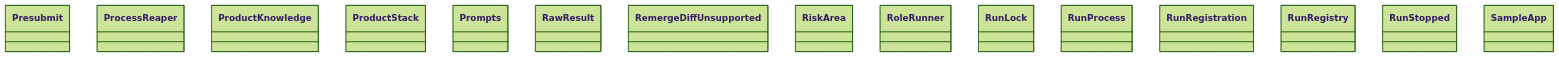
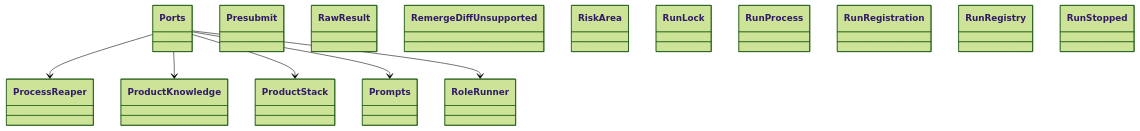
One commit to GonzaloZevallos/agentic-system changed the diagram in docs/architecture/generated/classes-process-application-support-5.md. Above: the diagram before and after it, drawn with Mermaid (forest theme). The commit also changed other lines of this file and 9 other files, not shown here.

Commit message:
Regenerate the architecture docs for CheckAbandoned and the abandoned keyword

````diff
--- a/docs/architecture/generated/classes-process-application-support-5.md
+++ b/docs/architecture/generated/classes-process-application-support-5.md
@@ -20,18 +20,23 @@
 ```mermaid
 classDiagram
+    class ports__Ports["Ports"]
     class ports__Presubmit["Presubmit"]
     class ports__ProcessReaper["ProcessReaper"]
     class ports__ProductKnowledge["ProductKnowledge"]
     class ports__ProductStack["ProductStack"]
     class ports__Prompts["Prompts"]
     class ports__RawResult["RawResult"]
     class ports__RemergeDiffUnsupported["RemergeDiffUnsupported"]
     class ports__RiskArea["RiskArea"]
     class ports__RoleRunner["RoleRunner"]
     class ports__RunLock["RunLock"]
     class ports__RunProcess["RunProcess"]
     class ports__RunRegistration["RunRegistration"]
     class ports__RunRegistry["RunRegistry"]
     class ports__RunStopped["RunStopped"]
-    class ports__SampleApp["SampleApp"]
+    ports__Ports --> ports__ProcessReaper
+    ports__Ports --> ports__ProductKnowledge
+    ports__Ports --> ports__ProductStack
+    ports__Ports --> ports__Prompts
+    ports__Ports --> ports__RoleRunner
 ```
````
